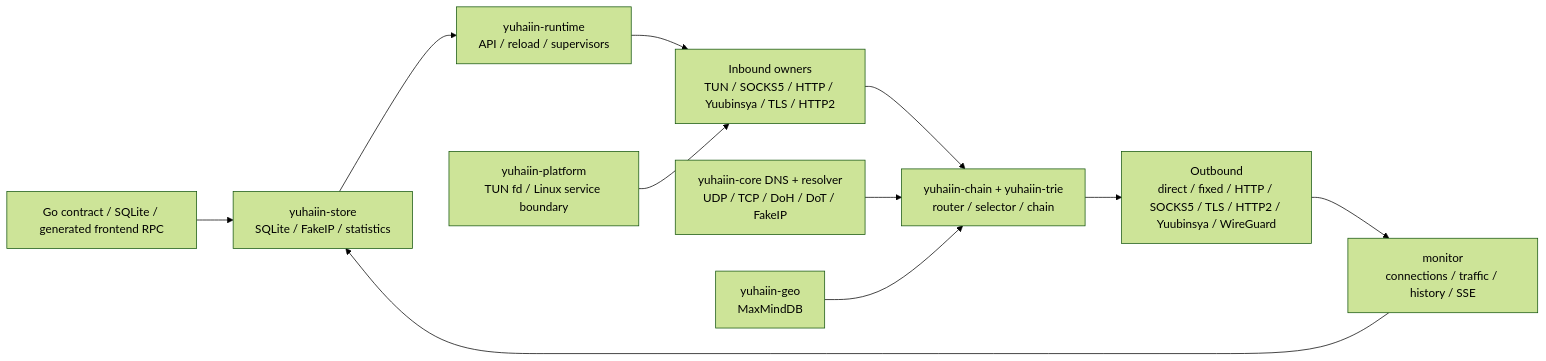
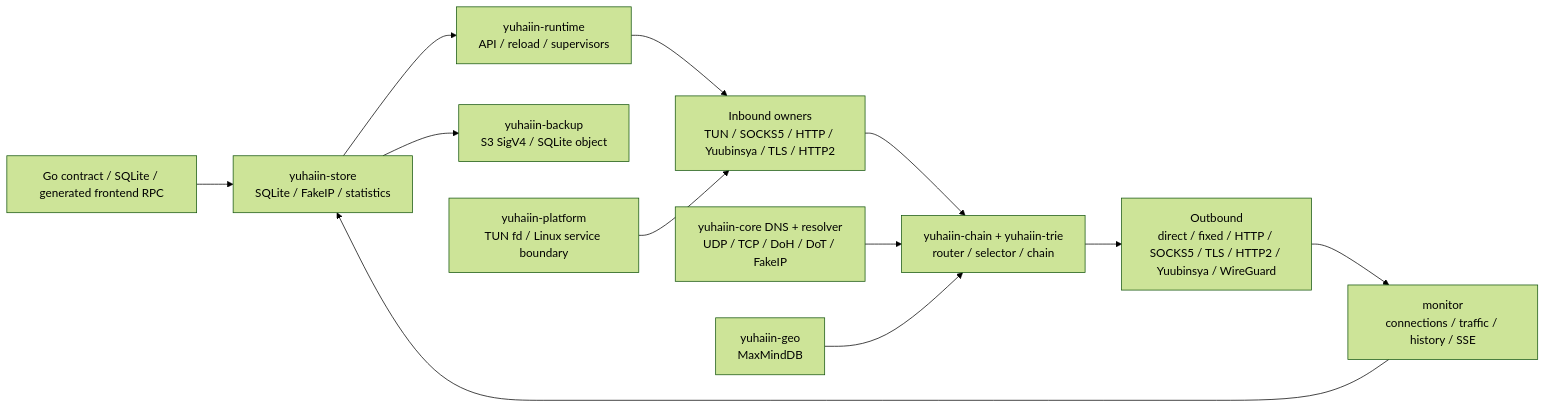
One commit to yuhaiin/doradus changed the diagram in IMPLEMENTATION_CHECKLIST.md. Above: the diagram before and after it, drawn with Mermaid (forest theme). The commit also changed other lines of this file and 8 other files, not shown here.

Commit message:
implement S3 backup object transport

````diff
--- a/IMPLEMENTATION_CHECKLIST.md
+++ b/IMPLEMENTATION_CHECKLIST.md
@@ -25,13 +25,14 @@
 ```mermaid
 flowchart LR
     GO[Go contract / SQLite / generated frontend RPC] --> STORE[yuhaiin-store\nSQLite / FakeIP / statistics]
     STORE --> RUNTIME[yuhaiin-runtime\nAPI / reload / supervisors]
     RUNTIME --> INBOUND[Inbound owners\nTUN / SOCKS5 / HTTP / Yuubinsya / TLS / HTTP2]
     INBOUND --> ROUTER[yuhaiin-chain + yuhaiin-trie\nrouter / selector / chain]
     DNS[yuhaiin-core DNS + resolver\nUDP / TCP / DoH / DoT / FakeIP] --> ROUTER
     GEO[yuhaiin-geo\nMaxMindDB] --> ROUTER
     ROUTER --> OUTBOUND[Outbound\ndirect / fixed / HTTP / SOCKS5 / TLS / HTTP2 / Yuubinsya / WireGuard]
     OUTBOUND --> STATS[monitor\nconnections / traffic / history / SSE]
     STATS --> STORE
+    STORE --> BACKUP[yuhaiin-backup\nS3 SigV4 / SQLite object]
     PLATFORM[yuhaiin-platform\nTUN fd / Linux service boundary] --> INBOUND
 ```
````
